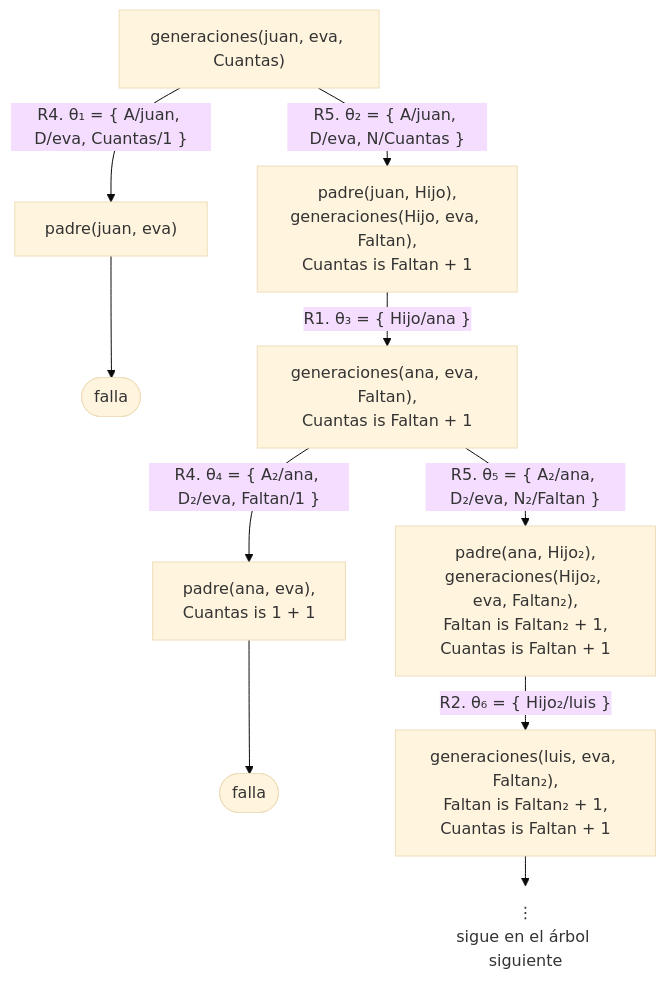
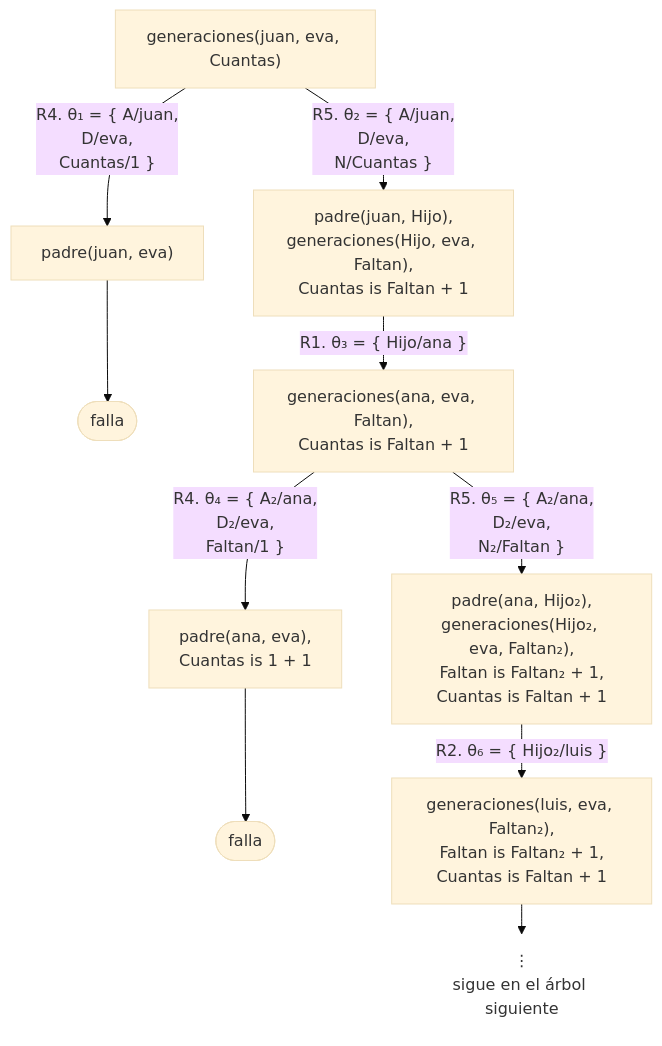
Before and after one commit to CesarBallardini/curso-de-prolog: the ninth of 11 diagrams in docs/capitulo-06-recursion/index.md, drawn with Mermaid (base theme). The commit also changed other lines of this file and 24 other files, not shown here.

First line of the commit message:
feat(docs): botones para ocultar las columnas laterales y etiquetas cortas en los diagramas

````diff
--- a/docs/capitulo-06-recursion/index.md
+++ b/docs/capitulo-06-recursion/index.md
@@ -570,15 +570,15 @@
 ```mermaid
 %%{init: {"flowchart": {"rankSpacing": 30}}}%%
 flowchart TD
-    A["generaciones(juan, eva, Cuantas)"] -- "R4. θ₁ = {&nbsp;A/juan, D/eva, Cuantas/1&nbsp;}" --> B["padre(juan, eva)"]
+    A["generaciones(juan, eva, Cuantas)"] -- "R4. θ₁ = {&nbsp;A/juan,<br/>D/eva,<br/>Cuantas/1&nbsp;}" --> B["padre(juan, eva)"]
     B --> F1(["falla"])
-    A -- "R5. θ₂ = {&nbsp;A/juan, D/eva, N/Cuantas&nbsp;}" --> C["padre(juan, Hijo),<br/>generaciones(Hijo, eva, Faltan),<br/>Cuantas is Faltan + 1"]
+    A -- "R5. θ₂ = {&nbsp;A/juan,<br/>D/eva,<br/>N/Cuantas&nbsp;}" --> C["padre(juan, Hijo),<br/>generaciones(Hijo, eva, Faltan),<br/>Cuantas is Faltan + 1"]
     C -- "R1. θ₃ = {&nbsp;Hijo/ana&nbsp;}" --> D["generaciones(ana, eva, Faltan),<br/>Cuantas is Faltan + 1"]
-    D -- "R4. θ₄ = {&nbsp;A₂/ana, D₂/eva, Faltan/1&nbsp;}" --> E["padre(ana, eva),<br/>Cuantas is 1 + 1"]
+    D -- "R4. θ₄ = {&nbsp;A₂/ana,<br/>D₂/eva,<br/>Faltan/1&nbsp;}" --> E["padre(ana, eva),<br/>Cuantas is 1 + 1"]
     E --> F2(["falla"])
-    D -- "R5. θ₅ = {&nbsp;A₂/ana, D₂/eva, N₂/Faltan&nbsp;}" --> F["padre(ana, Hijo₂),<br/>generaciones(Hijo₂, eva, Faltan₂),<br/>Faltan is Faltan₂ + 1,<br/>Cuantas is Faltan + 1"]
+    D -- "R5. θ₅ = {&nbsp;A₂/ana,<br/>D₂/eva,<br/>N₂/Faltan&nbsp;}" --> F["padre(ana, Hijo₂),<br/>generaciones(Hijo₂, eva, Faltan₂),<br/>Faltan is Faltan₂ + 1,<br/>Cuantas is Faltan + 1"]
     F -- "R2. θ₆ = {&nbsp;Hijo₂/luis&nbsp;}" --> G["generaciones(luis, eva, Faltan₂),<br/>Faltan is Faltan₂ + 1,<br/>Cuantas is Faltan + 1"]
     G --> V["⋮<br/>sigue en el árbol siguiente"]
     classDef abierto fill:none,stroke:none;
     class V abierto;
 ```
````
